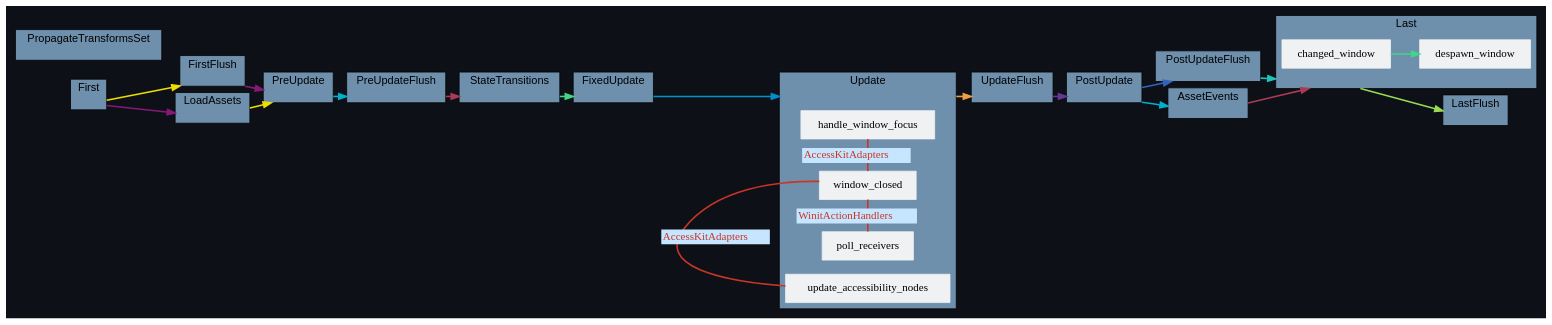
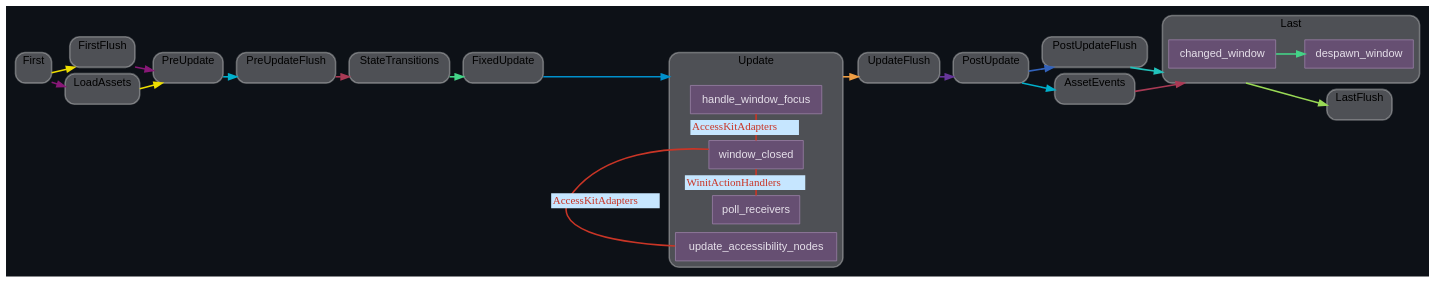
Before and after one commit to jakobhellermann/bevy_mod_debugdump: the diagram in docs/schedule/by-crate/dark/schedule_Main_bevy_winit.dot, drawn with Graphviz. The commit also changed 97 other files, not shown here.

```diff
--- a/docs/schedule/by-crate/dark/schedule_Main_bevy_winit.dot
+++ b/docs/schedule/by-crate/dark/schedule_Main_bevy_winit.dot
@@ -1,154 +1,175 @@
 digraph "" {
 	"compound"="true";
 	"splines"="spline";
 	"rankdir"="LR";
 	"bgcolor"="#0d1117";
 	"fontname"="Helvetica";
+	"nodesep"="0.15";
 	edge ["penwidth"="2"];
-	node ["shape"="box", "style"="filled", "fillcolor"="#eff1f3", "color"="#eff1f3"];
+	node ["shape"="box", "style"="filled"];
 	subgraph "clusternode_Set(0)" {
+		"style"="rounded,filled";
 		"label"="Update";
 		"tooltip"="Update";
-		"bgcolor"="#6f90ad";
-		"color"="black";
+		"fillcolor"="#ffffff44";
+		"color"="#ffffff50";
+		"penwidth"="2";
 		"set_marker_node_Set(0)" ["style"="invis", "label"="", "height"="0", "shape"="point"]
-		"node_System(60)" ["label"="handle_window_focus", "tooltip"="bevy_winit::accessibility::handle_window_focus"]
-		"node_System(61)" ["label"="window_closed", "tooltip"="bevy_winit::accessibility::window_closed"]
-		"node_System(62)" ["label"="poll_receivers", "tooltip"="bevy_winit::accessibility::poll_receivers"]
-		"node_System(63)" ["label"="update_accessibility_nodes", "tooltip"="bevy_winit::accessibility::update_accessibility_nodes"]
+		"node_System(60)" ["label"="handle_window_focus", "tooltip"="bevy_winit::accessibility::handle_window_focus", "fillcolor"="#664f72", "fontname"="Helvetica", "fontcolor"="#e6e0ea", "color"="#9980a6", "penwidth"="1"]
+		"node_System(61)" ["label"="window_closed", "tooltip"="bevy_winit::accessibility::window_closed", "fillcolor"="#664f72", "fontname"="Helvetica", "fontcolor"="#e6e0ea", "color"="#9980a6", "penwidth"="1"]
+		"node_System(62)" ["label"="poll_receivers", "tooltip"="bevy_winit::accessibility::poll_receivers", "fillcolor"="#664f72", "fontname"="Helvetica", "fontcolor"="#e6e0ea", "color"="#9980a6", "penwidth"="1"]
+		"node_System(63)" ["label"="update_accessibility_nodes", "tooltip"="bevy_winit::accessibility::update_accessibility_nodes", "fillcolor"="#664f72", "fontname"="Helvetica", "fontcolor"="#e6e0ea", "color"="#9980a6", "penwidth"="1"]
 	}
 	
 	subgraph "clusternode_Set(2)" {
+		"style"="rounded,filled";
 		"label"="FirstFlush";
 		"tooltip"="FirstFlush";
-		"bgcolor"="#6f90ad";
-		"color"="black";
+		"fillcolor"="#ffffff44";
+		"color"="#ffffff50";
+		"penwidth"="2";
 		"set_marker_node_Set(2)" ["style"="invis", "label"="", "height"="0", "shape"="point"]
 	}
 	
 	subgraph "clusternode_Set(3)" {
+		"style"="rounded,filled";
 		"label"="PreUpdateFlush";
 		"tooltip"="PreUpdateFlush";
-		"bgcolor"="#6f90ad";
-		"color"="black";
+		"fillcolor"="#ffffff44";
+		"color"="#ffffff50";
+		"penwidth"="2";
 		"set_marker_node_Set(3)" ["style"="invis", "label"="", "height"="0", "shape"="point"]
 	}
 	
 	subgraph "clusternode_Set(4)" {
+		"style"="rounded,filled";
 		"label"="UpdateFlush";
 		"tooltip"="UpdateFlush";
-		"bgcolor"="#6f90ad";
-		"color"="black";
+		"fillcolor"="#ffffff44";
+		"color"="#ffffff50";
+		"penwidth"="2";
 		"set_marker_node_Set(4)" ["style"="invis", "label"="", "height"="0", "shape"="point"]
 	}
 	
 	subgraph "clusternode_Set(5)" {
+		"style"="rounded,filled";
 		"label"="PostUpdateFlush";
 		"tooltip"="PostUpdateFlush";
-		"bgcolor"="#6f90ad";
-		"color"="black";
+		"fillcolor"="#ffffff44";
+		"color"="#ffffff50";
+		"penwidth"="2";
 		"set_marker_node_Set(5)" ["style"="invis", "label"="", "height"="0", "shape"="point"]
 	}
 	
 	subgraph "clusternode_Set(6)" {
+		"style"="rounded,filled";
 		"label"="LastFlush";
 		"tooltip"="LastFlush";
-		"bgcolor"="#6f90ad";
-		"color"="black";
+		"fillcolor"="#ffffff44";
+		"color"="#ffffff50";
+		"penwidth"="2";
 		"set_marker_node_Set(6)" ["style"="invis", "label"="", "height"="0", "shape"="point"]
 	}
 	
 	subgraph "clusternode_Set(7)" {
+		"style"="rounded,filled";
 		"label"="First";
 		"tooltip"="First";
-		"bgcolor"="#6f90ad";
-		"color"="black";
+		"fillcolor"="#ffffff44";
+		"color"="#ffffff50";
+		"penwidth"="2";
 		"set_marker_node_Set(7)" ["style"="invis", "label"="", "height"="0", "shape"="point"]
 	}
 	
 	subgraph "clusternode_Set(8)" {
+		"style"="rounded,filled";
 		"label"="PreUpdate";
 		"tooltip"="PreUpdate";
-		"bgcolor"="#6f90ad";
-		"color"="black";
+		"fillcolor"="#ffffff44";
+		"color"="#ffffff50";
+		"penwidth"="2";
 		"set_marker_node_Set(8)" ["style"="invis", "label"="", "height"="0", "shape"="point"]
 	}
 	
 	subgraph "clusternode_Set(9)" {
+		"style"="rounded,filled";
 		"label"="StateTransitions";
 		"tooltip"="StateTransitions";
-		"bgcolor"="#6f90ad";
-		"color"="black";
+		"fillcolor"="#ffffff44";
+		"color"="#ffffff50";
+		"penwidth"="2";
 		"set_marker_node_Set(9)" ["style"="invis", "label"="", "height"="0", "shape"="point"]
 	}
 	
 	subgraph "clusternode_Set(10)" {
+		"style"="rounded,filled";
 		"label"="FixedUpdate";
 		"tooltip"="FixedUpdate";
-		"bgcolor"="#6f90ad";
-		"color"="black";
+		"fillcolor"="#ffffff44";
+		"color"="#ffffff50";
+		"penwidth"="2";
 		"set_marker_node_Set(10)" ["style"="invis", "label"="", "height"="0", "shape"="point"]
 	}
 	
 	subgraph "clusternode_Set(11)" {
+		"style"="rounded,filled";
 		"label"="PostUpdate";
 		"tooltip"="PostUpdate";
-		"bgcolor"="#6f90ad";
-		"color"="black";
+		"fillcolor"="#ffffff44";
+		"color"="#ffffff50";
+		"penwidth"="2";
 		"set_marker_node_Set(11)" ["style"="invis", "label"="", "height"="0", "shape"="point"]
 	}
 	
 	subgraph "clusternode_Set(12)" {
+		"style"="rounded,filled";
 		"label"="Last";
 		"tooltip"="Last";
-		"bgcolor"="#6f90ad";
-		"color"="black";
+		"fillcolor"="#ffffff44";
+		"color"="#ffffff50";
+		"penwidth"="2";
 		"set_marker_node_Set(12)" ["style"="invis", "label"="", "height"="0", "shape"="point"]
-		"node_System(57)" ["label"="changed_window", "tooltip"="bevy_winit::system::changed_window"]
-		"node_System(58)" ["label"="despawn_window", "tooltip"="bevy_winit::system::despawn_window"]
-	}
-	
-	subgraph "clusternode_Set(22)" {
-		"label"="PropagateTransformsSet";
-		"tooltip"="PropagateTransformsSet";
-		"bgcolor"="#6f90ad";
-		"color"="black";
-		"set_marker_node_Set(22)" ["style"="invis", "label"="", "height"="0", "shape"="point"]
+		"node_System(57)" ["label"="changed_window", "tooltip"="bevy_winit::system::changed_window", "fillcolor"="#664f72", "fontname"="Helvetica", "fontcolor"="#e6e0ea", "color"="#9980a6", "penwidth"="1"]
+		"node_System(58)" ["label"="despawn_window", "tooltip"="bevy_winit::system::despawn_window", "fillcolor"="#664f72", "fontname"="Helvetica", "fontcolor"="#e6e0ea", "color"="#9980a6", "penwidth"="1"]
 	}
 	
 	subgraph "clusternode_Set(59)" {
+		"style"="rounded,filled";
 		"label"="LoadAssets";
 		"tooltip"="LoadAssets";
-		"bgcolor"="#6f90ad";
-		"color"="black";
+		"fillcolor"="#ffffff44";
+		"color"="#ffffff50";
+		"penwidth"="2";
 		"set_marker_node_Set(59)" ["style"="invis", "label"="", "height"="0", "shape"="point"]
 	}
 	
 	subgraph "clusternode_Set(60)" {
+		"style"="rounded,filled";
 		"label"="AssetEvents";
 		"tooltip"="AssetEvents";
-		"bgcolor"="#6f90ad";
-		"color"="black";
+		"fillcolor"="#ffffff44";
+		"color"="#ffffff50";
+		"penwidth"="2";
 		"set_marker_node_Set(60)" ["style"="invis", "label"="", "height"="0", "shape"="point"]
 	}
 	
 	"set_marker_node_Set(7)" -> "set_marker_node_Set(2)" ["lhead"="clusternode_Set(2)", "ltail"="clusternode_Set(7)", "tooltip"="First → FirstFlush", "color"="#eede00"]
 	"set_marker_node_Set(2)" -> "set_marker_node_Set(8)" ["lhead"="clusternode_Set(8)", "ltail"="clusternode_Set(2)", "tooltip"="FirstFlush → PreUpdate", "color"="#881877"]
 	"set_marker_node_Set(8)" -> "set_marker_node_Set(3)" ["lhead"="clusternode_Set(3)", "ltail"="clusternode_Set(8)", "tooltip"="PreUpdate → PreUpdateFlush", "color"="#00b0cc"]
 	"set_marker_node_Set(3)" -> "set_marker_node_Set(9)" ["lhead"="clusternode_Set(9)", "ltail"="clusternode_Set(3)", "tooltip"="PreUpdateFlush → StateTransitions", "color"="#aa3a55"]
 	"set_marker_node_Set(9)" -> "set_marker_node_Set(10)" ["lhead"="clusternode_Set(10)", "ltail"="clusternode_Set(9)", "tooltip"="StateTransitions → FixedUpdate", "color"="#44d488"]
 	"set_marker_node_Set(10)" -> "set_marker_node_Set(0)" ["lhead"="clusternode_Set(0)", "ltail"="clusternode_Set(10)", "tooltip"="FixedUpdate → Update", "color"="#0090cc"]
 	"set_marker_node_Set(0)" -> "set_marker_node_Set(4)" ["lhead"="clusternode_Set(4)", "ltail"="clusternode_Set(0)", "tooltip"="Update → UpdateFlush", "color"="#ee9e44"]
 	"set_marker_node_Set(4)" -> "set_marker_node_Set(11)" ["lhead"="clusternode_Set(11)", "ltail"="clusternode_Set(4)", "tooltip"="UpdateFlush → PostUpdate", "color"="#663699"]
 	"set_marker_node_Set(11)" -> "set_marker_node_Set(5)" ["lhead"="clusternode_Set(5)", "ltail"="clusternode_Set(11)", "tooltip"="PostUpdate → PostUpdateFlush", "color"="#3363bb"]
 	"set_marker_node_Set(5)" -> "set_marker_node_Set(12)" ["lhead"="clusternode_Set(12)", "ltail"="clusternode_Set(5)", "tooltip"="PostUpdateFlush → Last", "color"="#22c2bb"]
 	"set_marker_node_Set(12)" -> "set_marker_node_Set(6)" ["lhead"="clusternode_Set(6)", "ltail"="clusternode_Set(12)", "tooltip"="Last → LastFlush", "color"="#99d955"]
 	"set_marker_node_Set(59)" -> "set_marker_node_Set(8)" ["lhead"="clusternode_Set(8)", "ltail"="clusternode_Set(59)", "tooltip"="LoadAssets → PreUpdate", "color"="#eede00"]
 	"set_marker_node_Set(7)" -> "set_marker_node_Set(59)" ["lhead"="clusternode_Set(59)", "ltail"="clusternode_Set(7)", "tooltip"="First → LoadAssets", "color"="#881877"]
 	"set_marker_node_Set(11)" -> "set_marker_node_Set(60)" ["lhead"="clusternode_Set(60)", "ltail"="clusternode_Set(11)", "tooltip"="PostUpdate → AssetEvents", "color"="#00b0cc"]
 	"set_marker_node_Set(60)" -> "set_marker_node_Set(12)" ["lhead"="clusternode_Set(12)", "ltail"="clusternode_Set(60)", "tooltip"="AssetEvents → Last", "color"="#aa3a55"]
 	"node_System(57)" -> "node_System(58)" ["lhead"="", "ltail"="", "tooltip"="SystemTypeSet(changed_window\") → despawn_window", "color"="#44d488"]
 	"node_System(60)" -> "node_System(61)" ["dir"="none", "constraint"="false", "color"="#c93526", "fontcolor"="#c93526", "label"=<<table border="0" cellborder="0"><tr><td bgcolor="#c6e6ff">AccessKitAdapters</td></tr></table>>, "labeltooltip"="handle_window_focus — window_closed"]
 	"node_System(61)" -> "node_System(62)" ["dir"="none", "constraint"="false", "color"="#c93526", "fontcolor"="#c93526", "label"=<<table border="0" cellborder="0"><tr><td bgcolor="#c6e6ff">WinitActionHandlers</td></tr></table>>, "labeltooltip"="window_closed — poll_receivers"]
 	"node_System(61)" -> "node_System(63)" ["dir"="none", "constraint"="false", "color"="#c93526", "fontcolor"="#c93526", "label"=<<table border="0" cellborder="0"><tr><td bgcolor="#c6e6ff">AccessKitAdapters</td></tr></table>>, "labeltooltip"="window_closed — update_accessibility_nodes"]
 }
```
